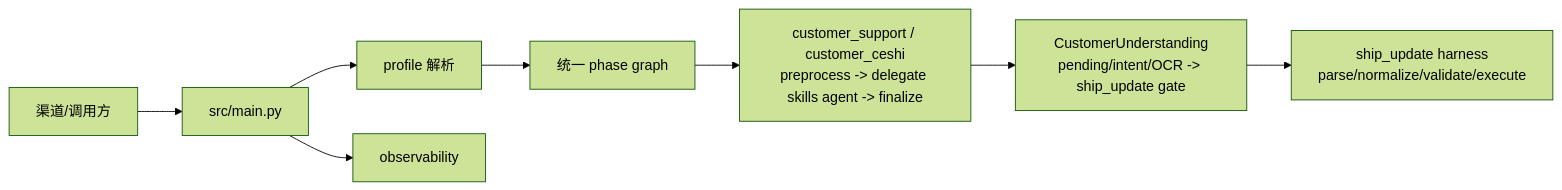
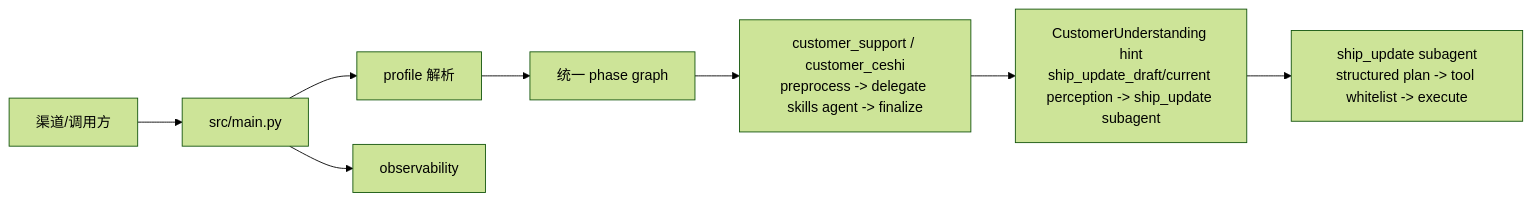
Before and after one commit to lr12338/hifleet-agent: the diagram in docs/README.md, drawn with Mermaid (forest theme). The commit also changed other lines of this file and 25 other files, not shown here.

Commit message:
Refine customer support ship update flow

````diff
--- a/docs/README.md
+++ b/docs/README.md
@@ -36,10 +36,10 @@
 ```mermaid
 flowchart LR
     Client[渠道/调用方] --> API[src/main.py]
     API --> Profile[profile 解析]
     Profile --> Graph[统一 phase graph]
     Graph --> CS[customer_support / customer_ceshi<br/>preprocess -> delegate skills agent -> finalize]
-    CS --> ShipGate[CustomerUnderstanding<br/>pending/intent/OCR -> ship_update gate]
-    ShipGate --> ShipWrite[ship_update harness<br/>parse/normalize/validate/execute]
+    CS --> ShipGate[CustomerUnderstanding hint<br/>ship_update_draft/current perception -> ship_update subagent]
+    ShipGate --> ShipWrite[ship_update subagent<br/>structured plan -> tool whitelist -> execute]
     API --> Obs[observability]
 ```
````
